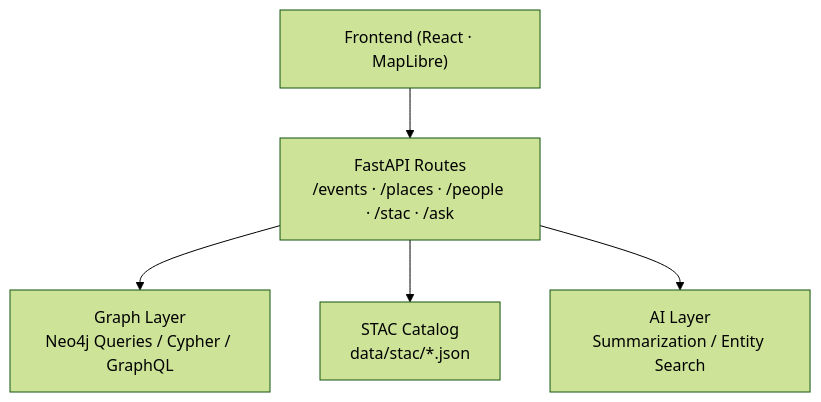
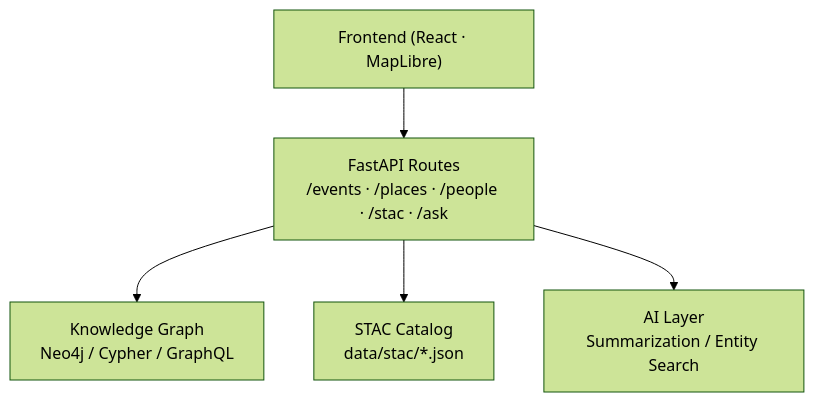
The diagram in src/api/routes/README.md (bartytime4life/Kansas-Frontier-Matrix), drawn with Mermaid (forest theme) before and after one commit. The commit also changed other lines of this file, not shown here.

`````diff
--- a/src/api/routes/README.md
+++ b/src/api/routes/README.md
@@ -32,7 +58,7 @@
 ```mermaid
 flowchart TD
     A["Frontend (React · MapLibre)"] --> B["FastAPI Routes<br/>/events · /places · /people · /stac · /ask"]
-    B --> C["Graph Layer<br/>Neo4j Queries / Cypher / GraphQL"]
+    B --> C["Knowledge Graph<br/>Neo4j / Cypher / GraphQL"]
     B --> D["STAC Catalog<br/>data/stac/*.json"]
     B --> E["AI Layer<br/>Summarization / Entity Search"]
-````
+```
`````
